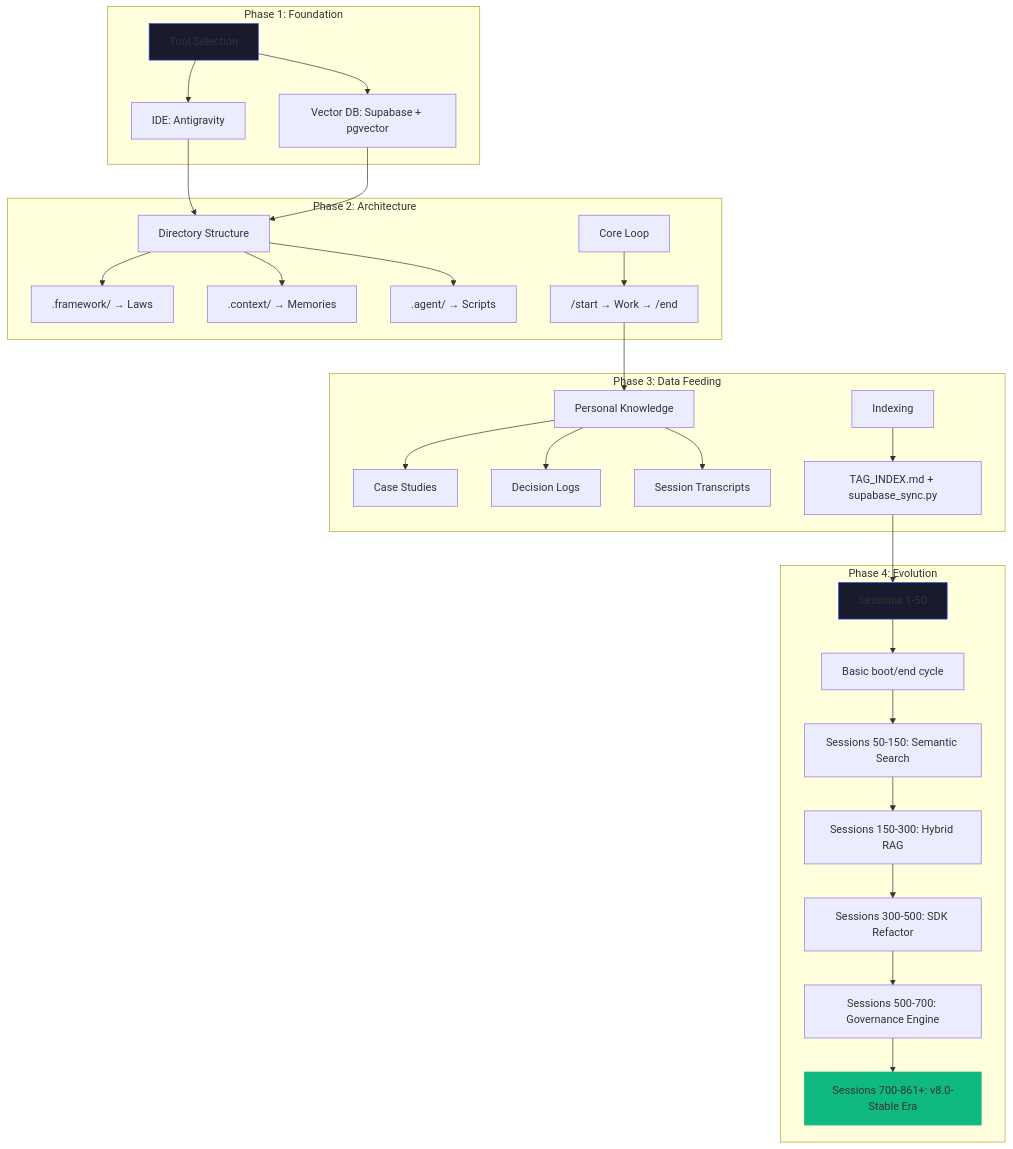
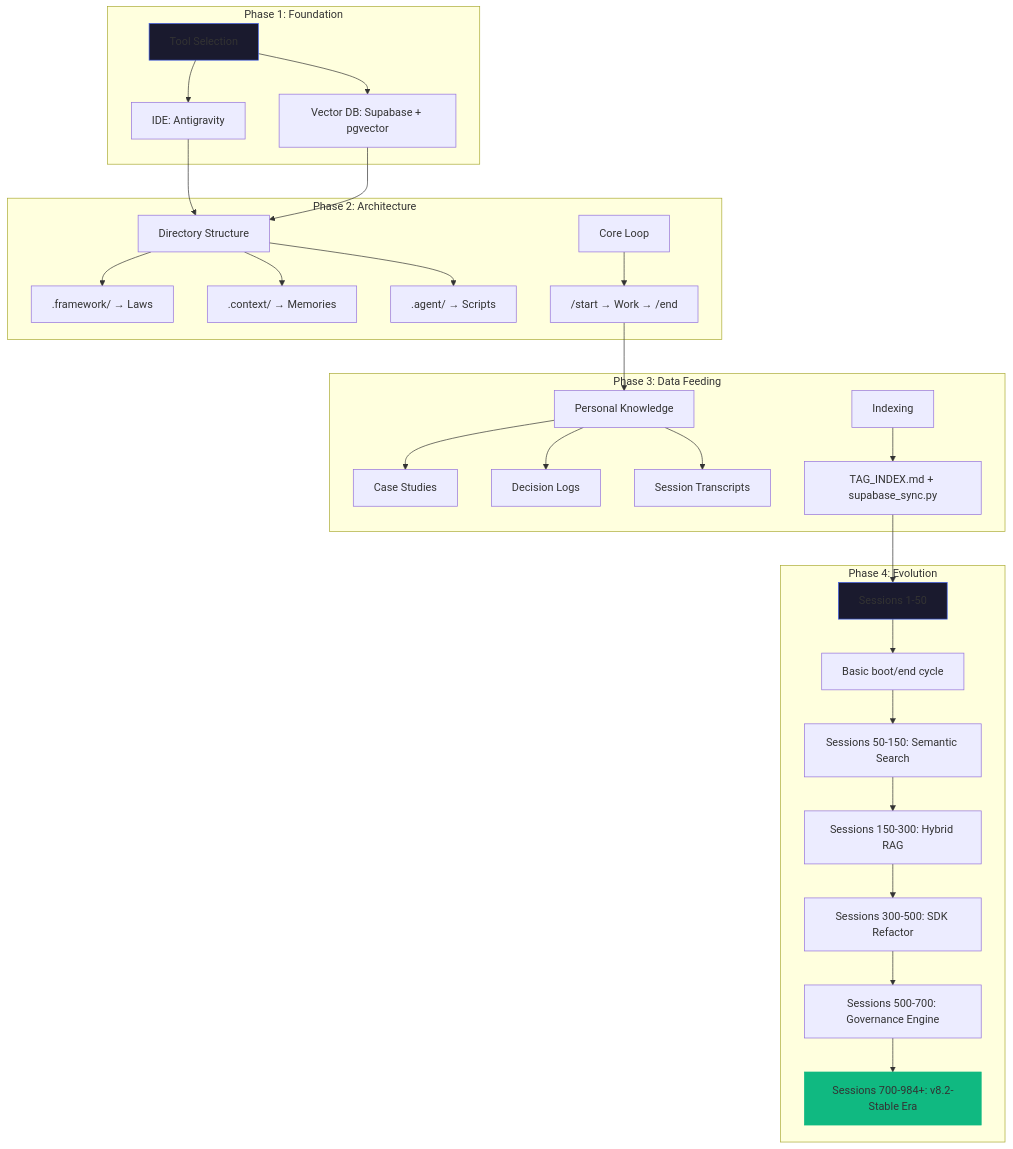
One commit to agent-memory-atlas-archive/winstonkoh87--Athena-Public changed the first of 2 diagrams in README.md. Above: the diagram before and after it, drawn with Mermaid. The commit also changed other lines of this file, not shown here.

Commit message:
docs(README): v8.2-Stable sync - 308 protocols, GraphRAG cost warnings, timeline update

````diff
--- a/README.md
+++ b/README.md
@@ -123,39 +123,39 @@
 ```mermaid
 graph TD
     subgraph "Phase 1: Foundation"
         A[Tool Selection] --> B[IDE: Antigravity]
         A --> C[Vector DB: Supabase + pgvector]
     end
 
     subgraph "Phase 2: Architecture"
         D[Directory Structure] --> E[".framework/ → Laws"]
         D --> F[".context/ → Memories"]
         D --> G[".agent/ → Scripts"]
         H[Core Loop] --> I["/start → Work → /end"]
     end
 
     subgraph "Phase 3: Data Feeding"
         J[Personal Knowledge] --> K[Case Studies]
         J --> L[Decision Logs]
         J --> M[Session Transcripts]
         N[Indexing] --> O["TAG_INDEX.md + supabase_sync.py"]
     end
 
     subgraph "Phase 4: Evolution"
         P["Sessions 1-50"] --> Q["Basic boot/end cycle"]
         Q --> R["Sessions 50-150: Semantic Search"]
         R --> S["Sessions 150-300: Hybrid RAG"]
         S --> T["Sessions 300-500: SDK Refactor"]
         T --> U["Sessions 500-700: Governance Engine"]
-        U --> V["Sessions 700-861+: v8.0-Stable Era"]
+        U --> V["Sessions 700-984+: v8.2-Stable Era"]
     end
 
     B --> D
     C --> D
     I --> J
     O --> P
 
     style A fill:#1a1a2e,stroke:#4361ee
     style P fill:#1a1a2e,stroke:#4361ee
     style V fill:#10b981,stroke:#10b981
 ```
````
